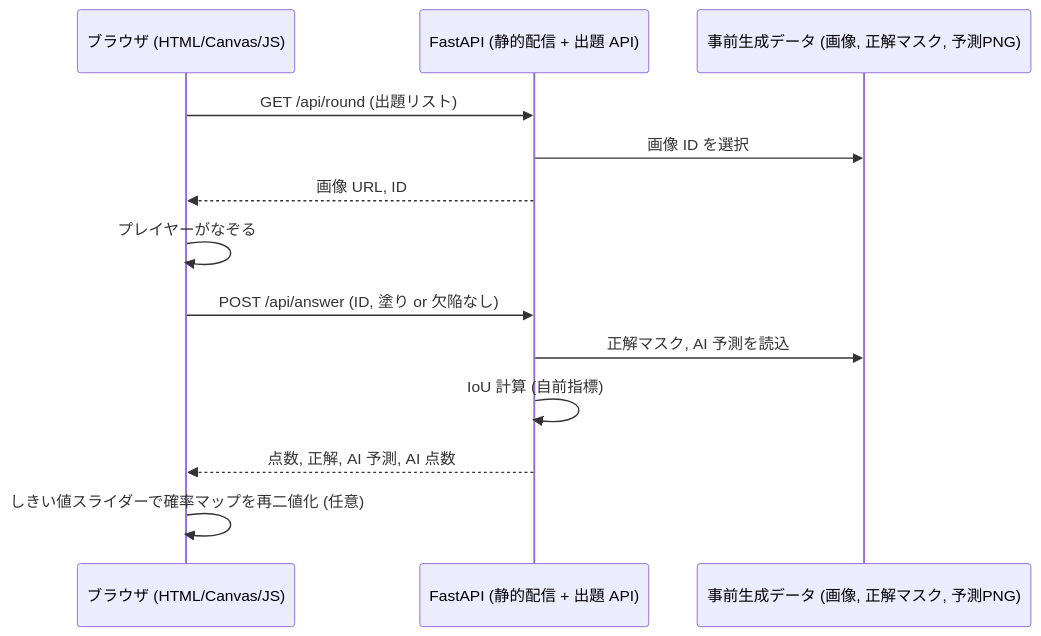
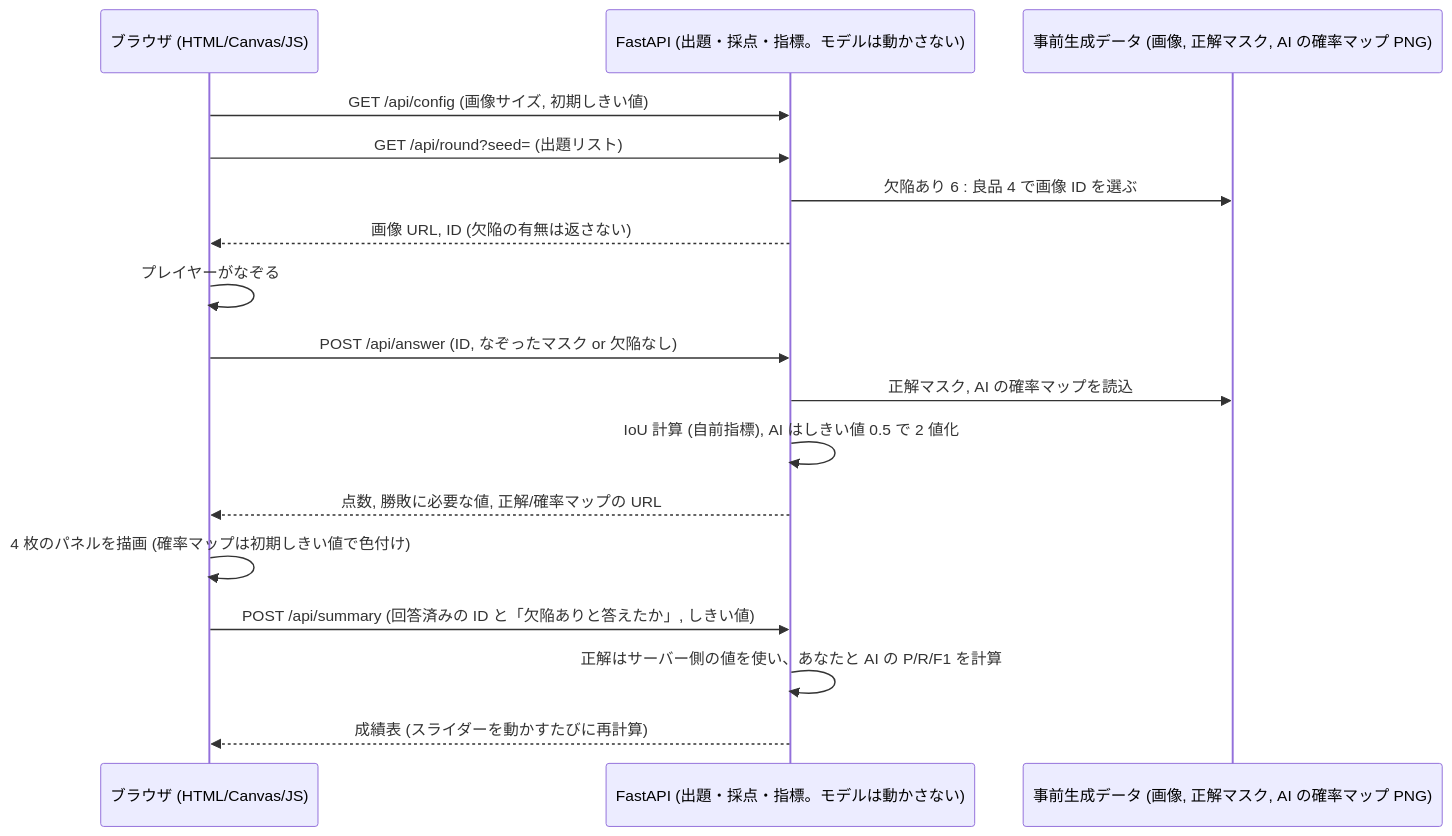
One commit to shim369/Python-Defect-Hunter-Game changed the second of 2 diagrams in docs/screen-flow.md. Above: the diagram before and after it, drawn with Mermaid. The commit also changed other lines of this file and 1 other file, not shown here.

Commit message:
docs: 要件定義書と画面遷移図を実装に合わせて更新

````diff
--- a/docs/screen-flow.md
+++ b/docs/screen-flow.md
@@ -37,16 +35,20 @@
 ```mermaid
 sequenceDiagram
     participant B as ブラウザ (HTML/Canvas/JS)
-    participant S as FastAPI (静的配信 + 出題 API)
-    participant D as 事前生成データ (画像, 正解マスク, 予測PNG)
+    participant S as FastAPI (出題・採点・指標。モデルは動かさない)
+    participant D as 事前生成データ (画像, 正解マスク, AI の確率マップ PNG)
 
-    B->>S: GET /api/round (出題リスト)
-    S->>D: 画像 ID を選択
-    S-->>B: 画像 URL, ID
+    B->>S: GET /api/config (画像サイズ, 初期しきい値)
+    B->>S: GET /api/round?seed= (出題リスト)
+    S->>D: 欠陥あり 6 : 良品 4 で画像 ID を選ぶ
+    S-->>B: 画像 URL, ID (欠陥の有無は返さない)
     B->>B: プレイヤーがなぞる
-    B->>S: POST /api/answer (ID, 塗り or 欠陥なし)
-    S->>D: 正解マスク, AI 予測を読込
-    S->>S: IoU 計算 (自前指標)
-    S-->>B: 点数, 正解, AI 予測, AI 点数
-    B->>B: しきい値スライダーで確率マップを再二値化 (任意)
+    B->>S: POST /api/answer (ID, なぞったマスク or 欠陥なし)
+    S->>D: 正解マスク, AI の確率マップを読込
+    S->>S: IoU 計算 (自前指標), AI はしきい値 0.5 で 2 値化
+    S-->>B: 点数, 勝敗に必要な値, 正解/確率マップの URL
+    B->>B: 4 枚のパネルを描画 (確率マップは初期しきい値で色付け)
+    B->>S: POST /api/summary (回答済みの ID と「欠陥ありと答えたか」, しきい値)
+    S->>S: 正解はサーバー側の値を使い、あなたと AI の P/R/F1 を計算
+    S-->>B: 成績表 (スライダーを動かすたびに再計算)
 ```
````
